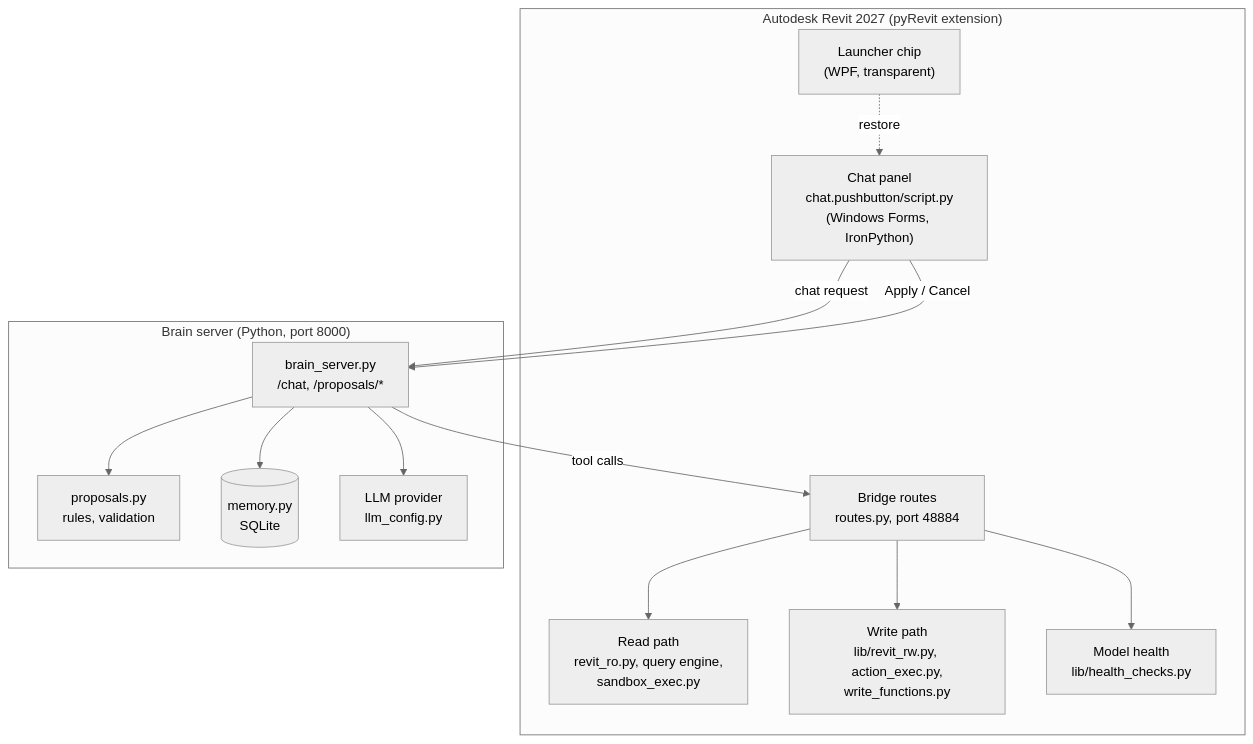
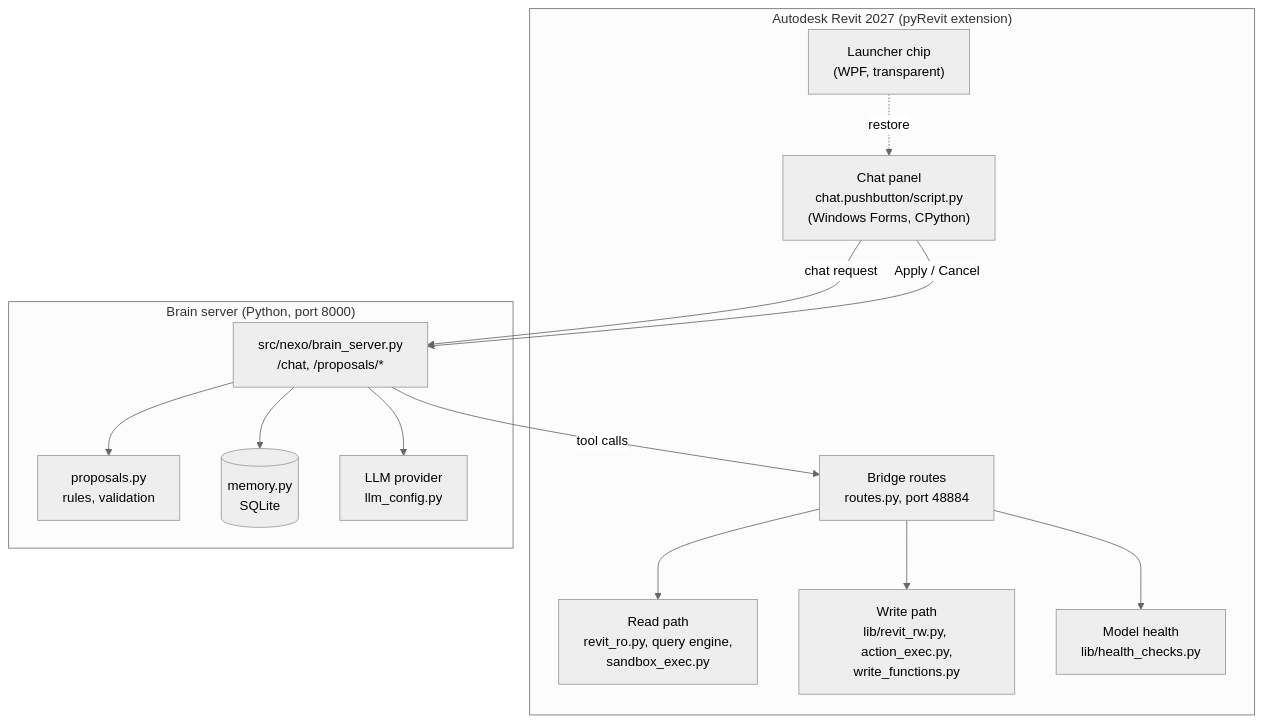
One commit to sindhupasham277/BIM_AGENT changed the diagram in docs/ARCHITECTURE.md. Above: the diagram before and after it, drawn with Mermaid (neutral theme). The commit also changed 1 other file, not shown here.

Commit message:
docs: rewrite README for the new layout
Tagline, badges, features, architecture diagram, requirements,
installation, quick start, usage examples, configuration, project
structure, testing, results, roadmap and known limitations.
ARCHITECTURE.md now names the CPython panel engine and src/nexo path.

Claude-Session: https://claude.ai/code/session_01BGRu54y5cGev8tiuAgPQb8

````diff
--- a/docs/ARCHITECTURE.md
+++ b/docs/ARCHITECTURE.md
@@ -7,27 +7,27 @@
 ```mermaid
 flowchart TB
     subgraph Revit["Autodesk Revit 2027 (pyRevit extension)"]
-        PANEL["Chat panel<br/>chat.pushbutton/script.py<br/>(Windows Forms, IronPython)"]
+        PANEL["Chat panel<br/>chat.pushbutton/script.py<br/>(Windows Forms, CPython)"]
         CHIP["Launcher chip<br/>(WPF, transparent)"]
         ROUTES["Bridge routes<br/>routes.py, port 48884"]
         RO["Read path<br/>revit_ro.py, query engine,<br/>sandbox_exec.py"]
         RW["Write path<br/>lib/revit_rw.py, action_exec.py,<br/>write_functions.py"]
         HC["Model health<br/>lib/health_checks.py"]
     end
     subgraph Brain["Brain server (Python, port 8000)"]
-        API["brain_server.py<br/>/chat, /proposals/*"]
+        API["src/nexo/brain_server.py<br/>/chat, /proposals/*"]
         PROP["proposals.py<br/>rules, validation"]
         MEM[("memory.py<br/>SQLite")]
         LLM["LLM provider<br/>llm_config.py"]
     end
     PANEL -- "chat request" --> API
     API --> LLM
     API --> PROP
     API --> MEM
     API -- "tool calls" --> ROUTES
     ROUTES --> RO
     ROUTES --> RW
     ROUTES --> HC
     PANEL -- "Apply / Cancel" --> API
     CHIP -. "restore" .-> PANEL
 ```
````
